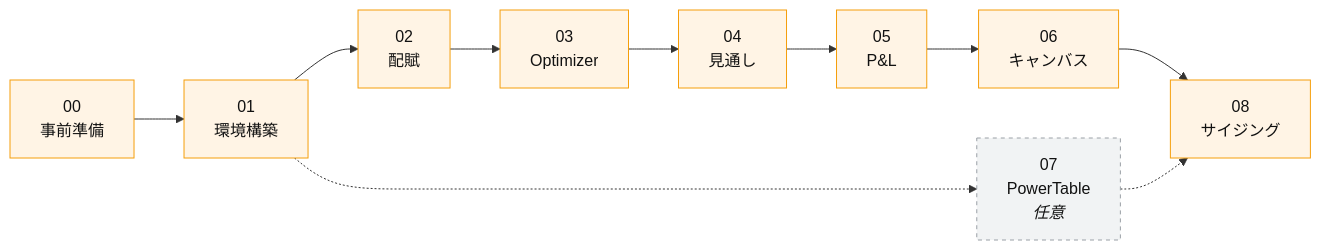
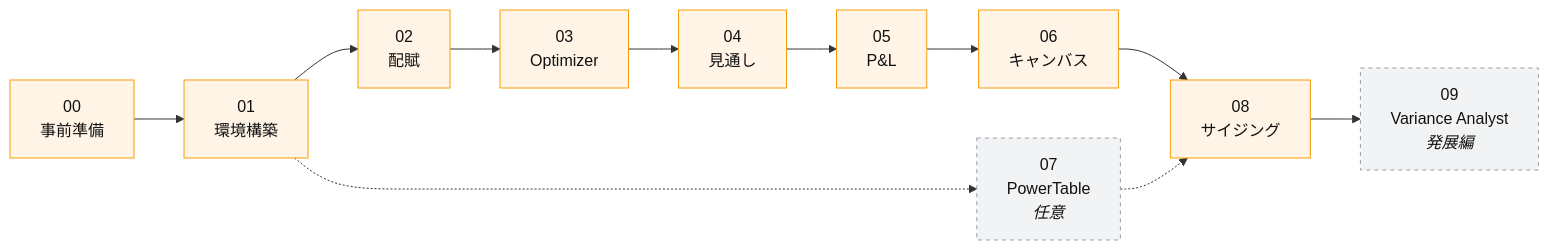
The second of 2 diagrams in assets/diagrams/lab-flow.md (yang-jiayi/FabricPlanWorkshop), drawn with Mermaid before and after one commit. The commit also changed other lines of this file and 14 other files, not shown here.

First line of the commit message:
Add Lab09 Plan variance analyst workshop

````diff
--- a/assets/diagrams/lab-flow.md
+++ b/assets/diagrams/lab-flow.md
@@ -68,17 +80,17 @@
 ```mermaid
 flowchart LR
     M00["00<br/>事前準備"] --> M01["01<br/>環境構築"]
     M01 --> M02["02<br/>配賦"]
     M02 --> M03["03<br/>Optimizer"]
     M03 --> M04["04<br/>見通し"]
     M04 --> M05["05<br/>P&amp;L"]
     M05 --> M06["06<br/>キャンバス"]
-    M06 --> M08["08<br/>サイジング"]
+    M06 --> M08["08<br/>サイジング"] --> M09["09<br/>Variance Analyst<br/><i>発展編</i>"]
     M01 -.-> M07["07<br/>PowerTable<br/><i>任意</i>"]
     M07 -.-> M08
 
     classDef core fill:#fff4e5,stroke:#f59e0b,color:#111
     classDef opt fill:#f1f3f4,stroke:#9aa0a6,color:#111,stroke-dasharray: 4 4
     class M00,M01,M02,M03,M04,M05,M06,M08 core
-    class M07 opt
+    class M07,M09 opt
 ```
````
